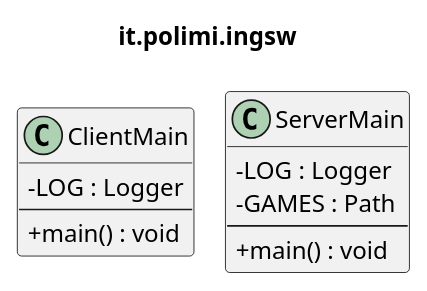
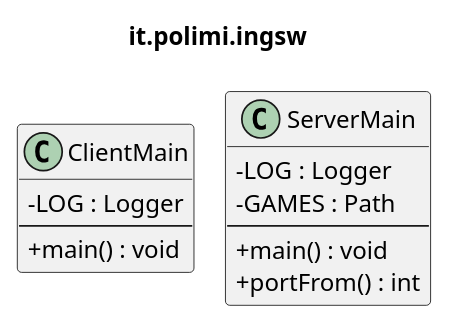
Before and after one commit to samuelesegrini/ing-sw-2025-segrini-terribile-varricchio-zanca: the diagram in docs/uml/detailed/it-polimi-ingsw.puml, drawn with PlantUML. The commit also changed 2 other files, not shown here.

```diff
--- a/docs/uml/detailed/it-polimi-ingsw.puml
+++ b/docs/uml/detailed/it-polimi-ingsw.puml
@@ -1,20 +1,21 @@
 @startuml it_polimi_ingsw
 ' Generated by tools/uml/generate-detailed.py. Do not edit by hand.
 !pragma layout smetana
 skinparam shadowing false
 skinparam classAttributeIconSize 0
 title it.polimi.ingsw
 
 class ClientMain {
   -LOG : Logger
   --
   +main() : void
 }
 class ServerMain {
   -LOG : Logger
   -GAMES : Path
   --
   +main() : void
+  +portFrom() : int
 }
 
 @enduml
```
